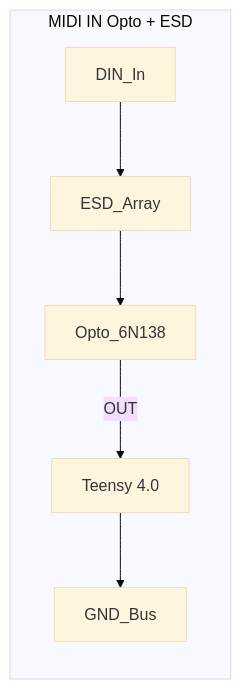
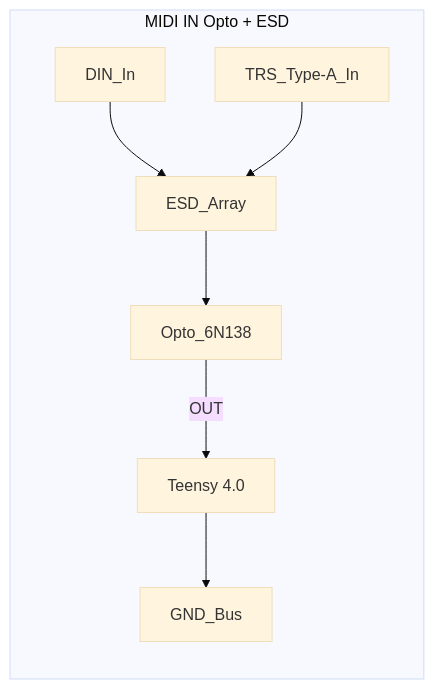
The diagram in docs/sketch/systemFlow/hw/midiOpto.md (bseverns/MOARkNOBS-42), drawn with Mermaid (base theme) before and after one commit. The commit also changed other lines of this file and 23 other files, not shown here.

````diff
--- a/docs/sketch/systemFlow/hw/midiOpto.md
+++ b/docs/sketch/systemFlow/hw/midiOpto.md
@@ -12,9 +12,10 @@
 ```mermaid
 flowchart LR
   subgraph MIDIIn["MIDI IN Opto + ESD"]
     DINIn[DIN_In] --> ESD[ESD_Array]
+    TRSIn[TRS_Type-A_In] --> ESD
     ESD --> Opto[Opto_6N138]
     Opto -->|OUT| U1[Teensy 4.0]
     U1 --> GND[GND_Bus]
   end
 ```
````
